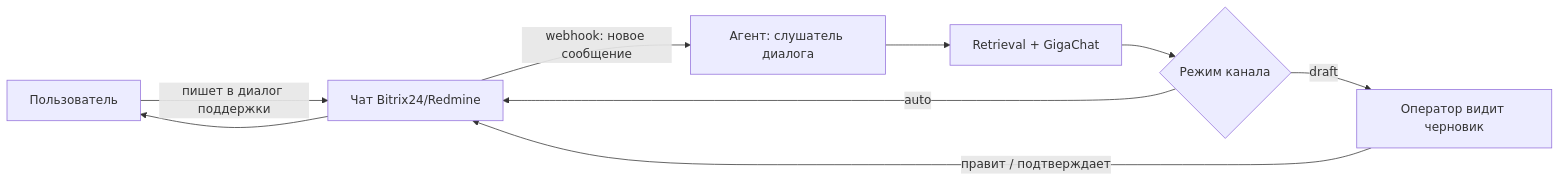
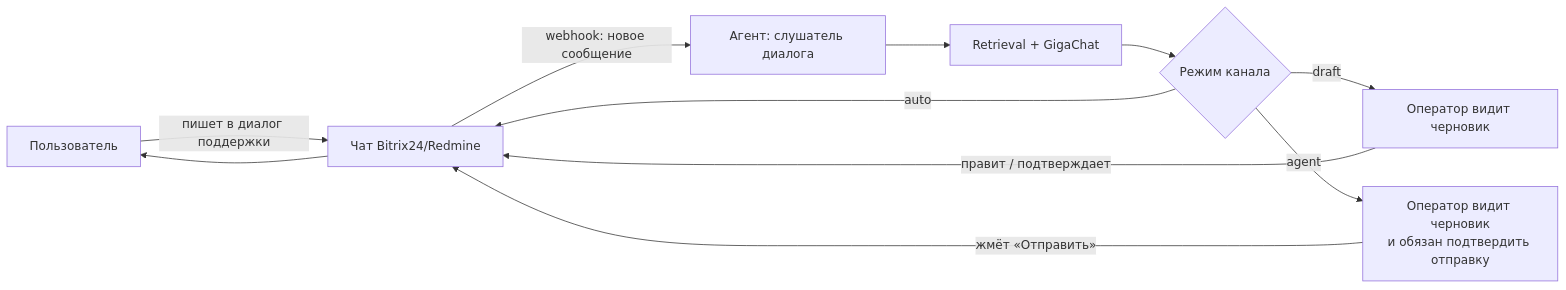
Before and after one commit to Ivansups/Molvest-solution: the second of 5 diagrams in docs/SCENARIOS.md, drawn with Mermaid. The commit also changed other lines of this file and 82 other files, not shown here.

````diff
--- a/docs/SCENARIOS.md
+++ b/docs/SCENARIOS.md
@@ -64,11 +69,13 @@
 ```mermaid
 flowchart LR
     U[Пользователь] -- "пишет в диалог поддержки" --> CH[Чат Bitrix24/Redmine]
     CH -- "webhook: новое сообщение" --> AG[Агент: слушатель диалога]
     AG --> RAG[Retrieval + GigaChat]
     RAG --> MODE{Режим канала}
     MODE -- "draft" --> OP[Оператор видит черновик]
     OP -- "правит / подтверждает" --> CH
     MODE -- "auto" --> CH
+    MODE -- "agent" --> OP2["Оператор видит черновик\nи обязан подтвердить отправку"]
+    OP2 -- "жмёт «Отправить»" --> CH
     CH --> U
 ```
````
